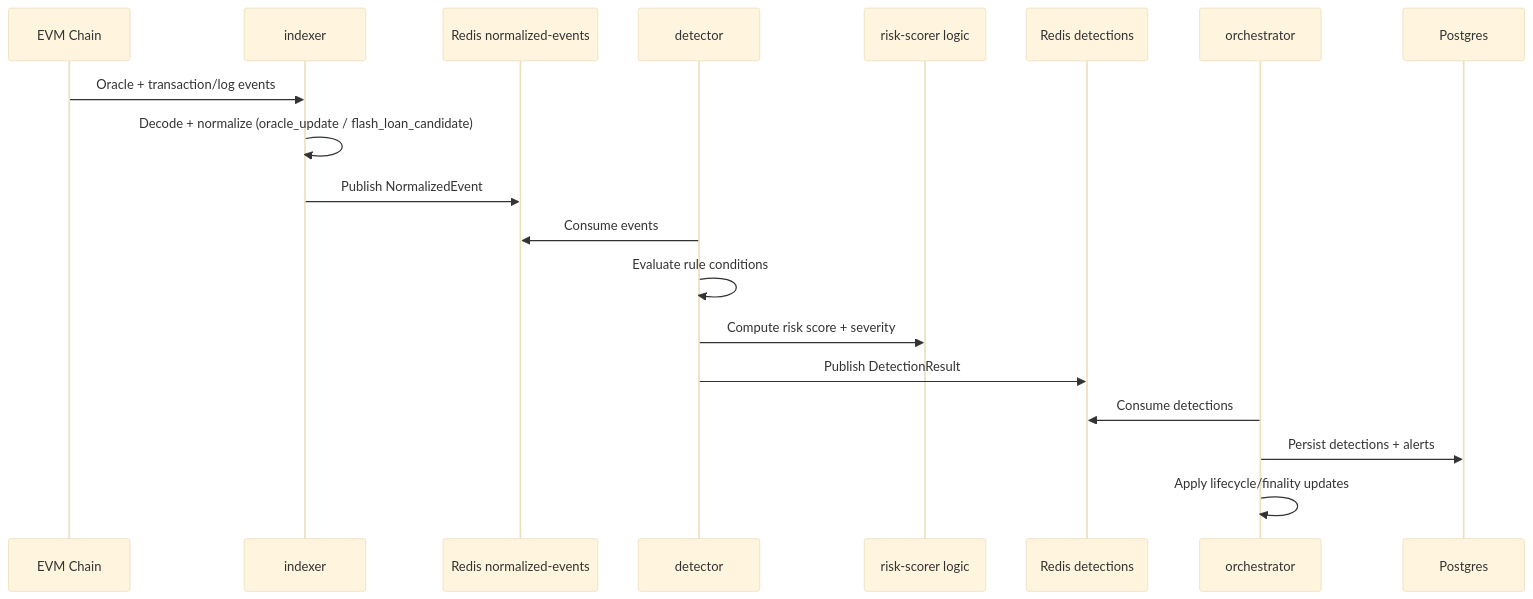
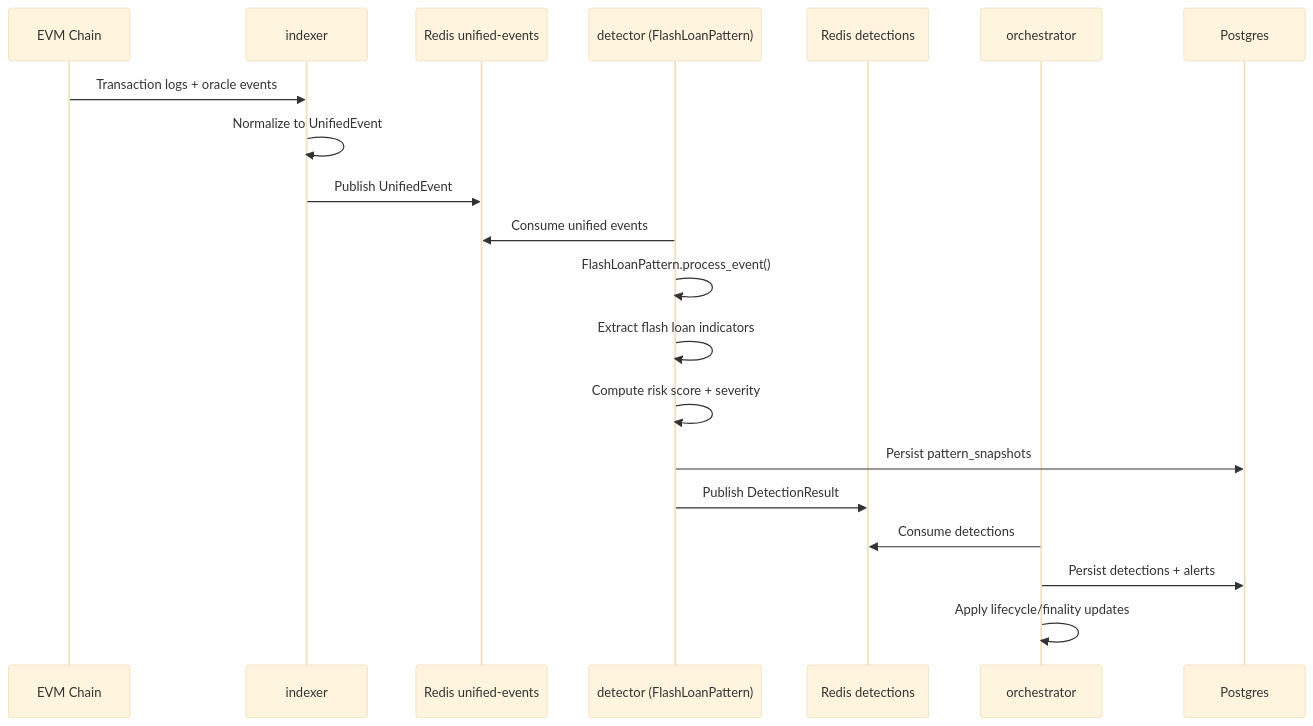
The diagram in docs/SCENARIO_FLASH_LOAN_ATTACK.md (raksha-labs/raksha-core), drawn with Mermaid (base theme) before and after one commit. The commit also changed other lines of this file and 107 other files, not shown here.

````diff
--- a/docs/SCENARIO_FLASH_LOAN_ATTACK.md
+++ b/docs/SCENARIO_FLASH_LOAN_ATTACK.md
@@ -26,24 +30,25 @@
 ```mermaid
 sequenceDiagram
   participant Chain as EVM Chain
   participant IDX as indexer
-  participant NORM as Redis normalized-events
-  participant DET as detector
-  participant SCORE as risk-scorer logic
-  participant DSTR as Redis detections
+  participant UNIFIED as Redis unified-events
+  participant DET as detector (FlashLoanPattern)
+  participant DETS as Redis detections
   participant ORCH as orchestrator
   participant DB as Postgres
 
-  Chain->>IDX: Oracle + transaction/log events
-  IDX->>IDX: Decode + normalize (oracle_update / flash_loan_candidate)
-  IDX->>NORM: Publish NormalizedEvent
+  Chain->>IDX: Transaction logs + oracle events
+  IDX->>IDX: Normalize to UnifiedEvent
+  IDX->>UNIFIED: Publish UnifiedEvent
 
-  DET->>NORM: Consume events
-  DET->>DET: Evaluate rule conditions
-  DET->>SCORE: Compute risk score + severity
-  DET->>DSTR: Publish DetectionResult
+  DET->>UNIFIED: Consume unified events
+  DET->>DET: FlashLoanPattern.process_event()
+  DET->>DET: Extract flash loan indicators
+  DET->>DET: Compute risk score + severity
+  DET->>DB: Persist pattern_snapshots
+  DET->>DETS: Publish DetectionResult
 
-  ORCH->>DSTR: Consume detections
+  ORCH->>DETS: Consume detections
   ORCH->>DB: Persist detections + alerts
   ORCH->>ORCH: Apply lifecycle/finality updates
 ```
````
